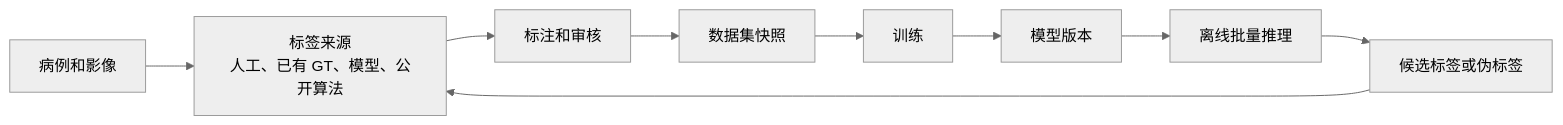
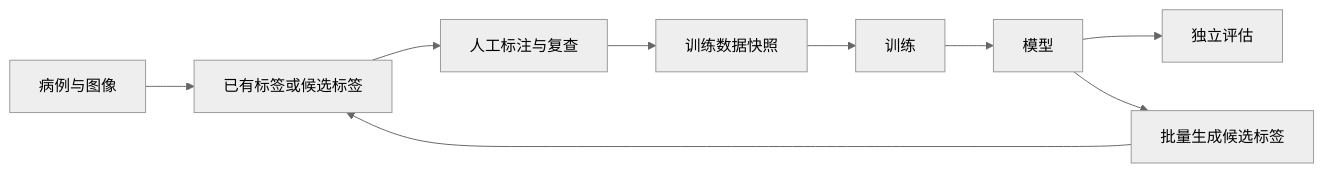
One commit to ShijianRuan/SegmentationPlatform changed the diagram in docs/architecture/platform_blueprint.md. Above: the diagram before and after it, drawn with Mermaid (neutral theme). The commit also changed other lines of this file and 979 other files, not shown here.

Commit message:
reorganize platform architecture and research docs

````diff
--- a/docs/architecture/platform_blueprint.md
+++ b/docs/architecture/platform_blueprint.md
@@ -34,23 +78,23 @@
 ```mermaid
 flowchart LR
-    accTitle: Segmentation Platform Loop
-    accDescr: The platform manages a loop from data and labels to training, model inference, pseudo labels, review, and new training snapshots.
+    accTitle: 分割平台完整闭环
+    accDescr: 病例和标签经过人工复查后形成训练数据快照，训练产生模型，模型再生成候选标签回到数据流程。
 
-    data["病例和影像"]
-    source["标签来源<br/>人工、已有 GT、模型、公开算法"]
-    review["标注和审核"]
-    snapshot["数据集快照"]
+    data["病例与图像"]
+    labels["已有标签或候选标签"]
+    review["人工标注与复查"]
+    snapshot["训练数据快照"]
     train["训练"]
-    model["模型版本"]
-    infer["离线批量推理"]
-    candidate["候选标签或伪标签"]
+    model["模型"]
+    evaluation["独立评估"]
+    generation["批量生成候选标签"]
 
-    data --> source
-    source --> review
+    data --> labels
+    labels --> review
     review --> snapshot
     snapshot --> train
     train --> model
-    model --> infer
-    infer --> candidate
-    candidate --> source
+    model --> evaluation
+    model --> generation
+    generation --> labels
 ```
````
